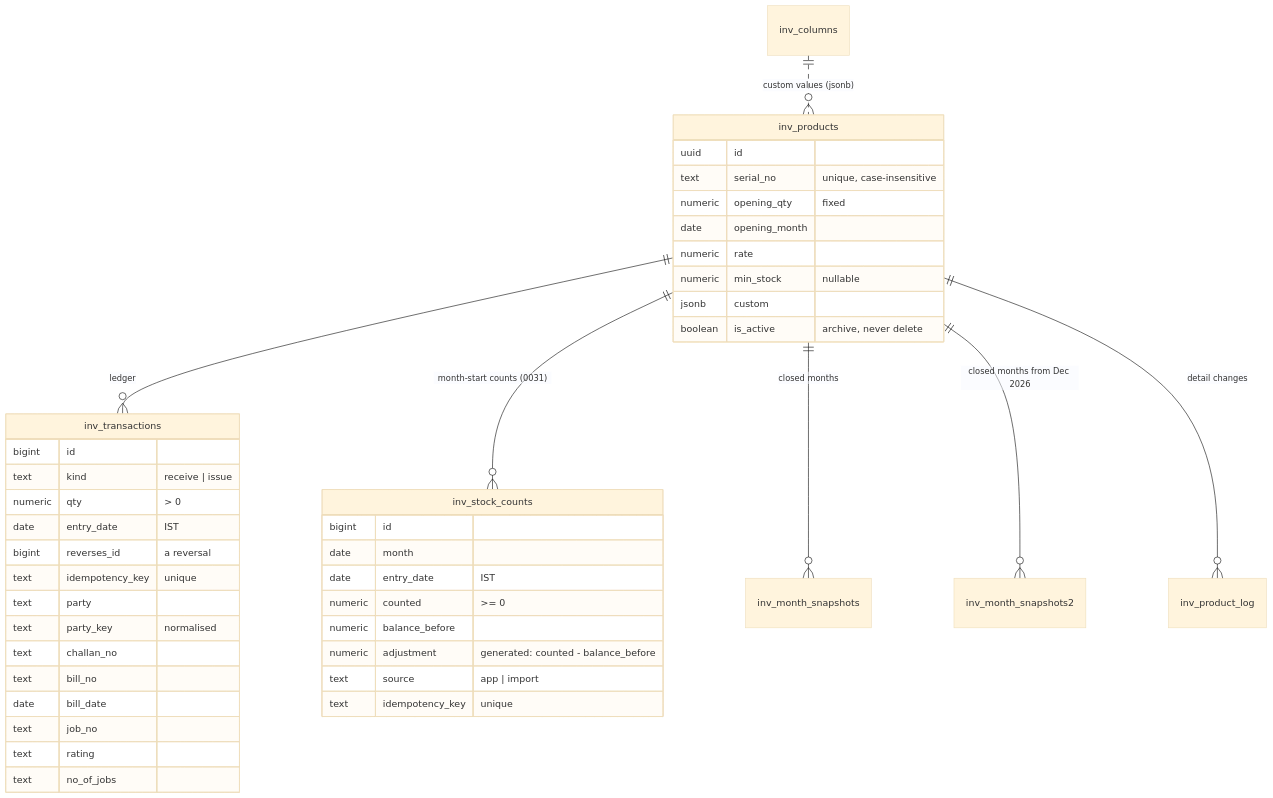
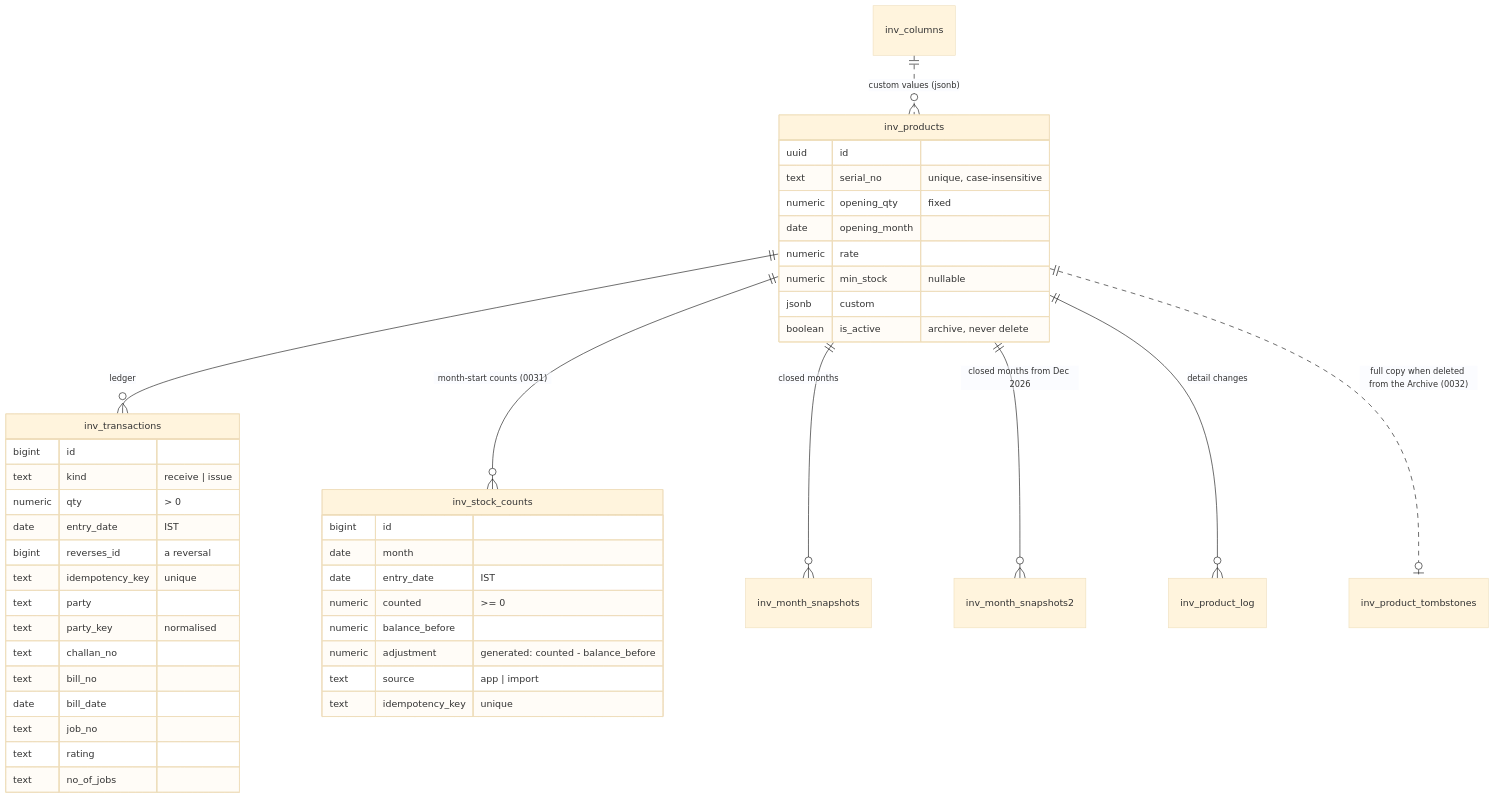
One commit to Himkush1414/Super-Management-System changed the sixth of 6 diagrams in docs/inventory/README.md. Above: the diagram before and after it, drawn with Mermaid (base theme). The commit also changed other lines of this file and 4 other files, not shown here.

````diff
--- a/docs/inventory/README.md
+++ b/docs/inventory/README.md
@@ -246,45 +280,46 @@
 ```mermaid
 erDiagram
   inv_products ||--o{ inv_transactions : "ledger"
   inv_products ||--o{ inv_stock_counts : "month-start counts (0031)"
   inv_products ||--o{ inv_month_snapshots : "closed months"
   inv_products ||--o{ inv_month_snapshots2 : "closed months from Dec 2026"
   inv_products ||--o{ inv_product_log : "detail changes"
+  inv_products ||..o| inv_product_tombstones : "full copy when deleted from the Archive (0032)"
   inv_columns ||..o{ inv_products : "custom values (jsonb)"
   inv_products {
     uuid id
     text serial_no "unique, case-insensitive"
     numeric opening_qty "fixed"
     date opening_month
     numeric rate
     numeric min_stock "nullable"
     jsonb custom
     boolean is_active "archive, never delete"
   }
   inv_transactions {
     bigint id
     text kind "receive | issue"
     numeric qty "> 0"
     date entry_date "IST"
     bigint reverses_id "a reversal"
     text idempotency_key "unique"
     text party
     text party_key "normalised"
     text challan_no
     text bill_no
     date bill_date
     text job_no
     text rating
     text no_of_jobs
   }
   inv_stock_counts {
     bigint id
     date month
     date entry_date "IST"
     numeric counted ">= 0"
     numeric balance_before
     numeric adjustment "generated: counted - balance_before"
     text source "app | import"
     text idempotency_key "unique"
   }
 ```
````
